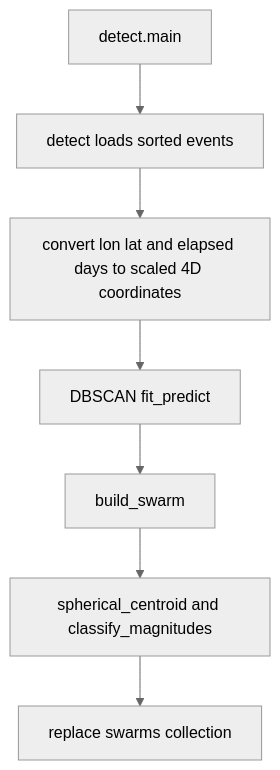
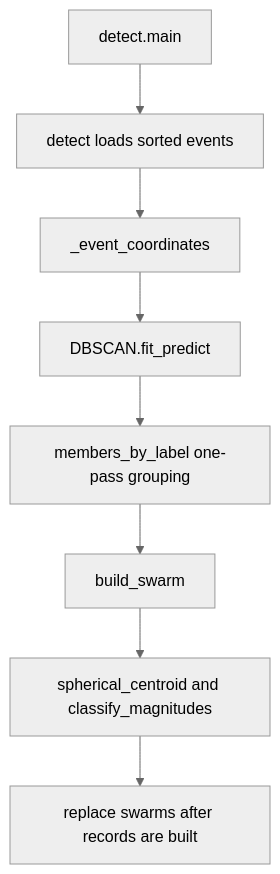
Before and after one commit to 033-Archita/QuakeSwarm: the third of 4 diagrams in FLOW.md, drawn with Mermaid (neutral theme). The commit also changed other lines of this file and 17 other files, not shown here.

````diff
--- a/FLOW.md
+++ b/FLOW.md
@@ -104,9 +88,10 @@
 ```mermaid
 flowchart TD
   A[detect.main] --> B[detect loads sorted events]
-  B --> C[convert lon lat and elapsed days to scaled 4D coordinates]
-  C --> D[DBSCAN fit_predict]
-  D --> E[build_swarm]
-  E --> F[spherical_centroid and classify_magnitudes]
-  F --> G[replace swarms collection]
+  B --> C[_event_coordinates]
+  C --> D[DBSCAN.fit_predict]
+  D --> E[members_by_label one-pass grouping]
+  E --> F[build_swarm]
+  F --> G[spherical_centroid and classify_magnitudes]
+  G --> H[replace swarms after records are built]
 ```
````
